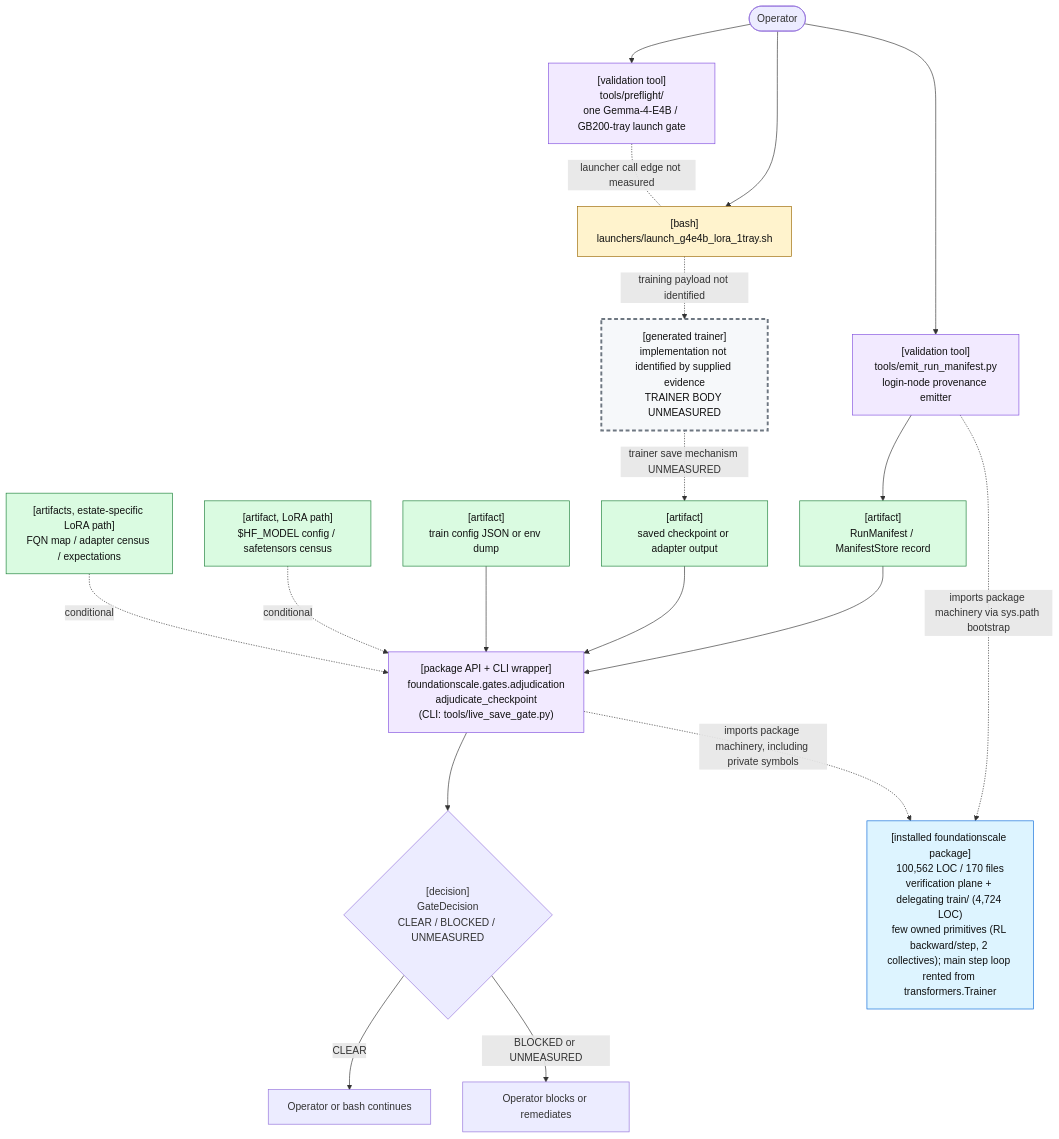
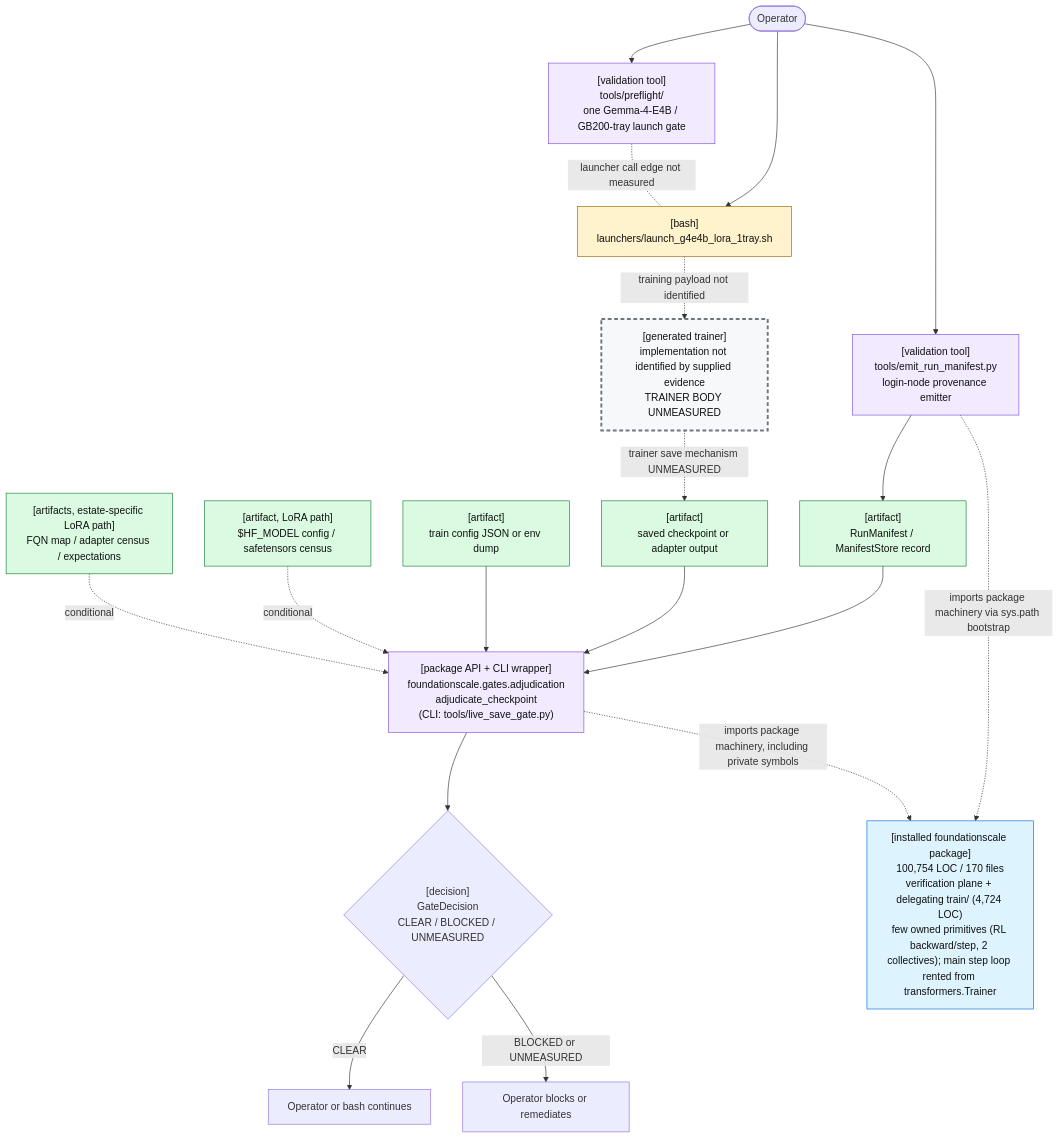
One commit to TranNhiem/FoundationScale changed the first of 2 diagrams in docs/review/D2_current_architecture.md. Above: the diagram before and after it, drawn with Mermaid. The commit also changed other lines of this file and 12 other files, not shown here.

````diff
--- a/docs/review/D2_current_architecture.md
+++ b/docs/review/D2_current_architecture.md
@@ -25,59 +25,59 @@
 ```mermaid
 flowchart TB
   O(["Operator"])
 
   PF["[validation tool]<br/>tools/preflight/<br/>one Gemma-4-E4B / GB200-tray launch gate"]
   L["[bash]<br/>launchers/launch_g4e4b_lora_1tray.sh"]
 
   E["[validation tool]<br/>tools/emit_run_manifest.py<br/>login-node provenance emitter"]
   M["[artifact]<br/>RunManifest / ManifestStore record"]
 
   T["[generated trainer]<br/>implementation not identified by supplied evidence<br/>TRAINER BODY UNMEASURED"]
   C["[artifact]<br/>saved checkpoint or adapter output"]
 
   G["[package API + CLI wrapper]<br/>foundationscale.gates.adjudication<br/>adjudicate_checkpoint<br/>(CLI: tools/live_save_gate.py)"]
   CFG["[artifact]<br/>train config JSON or env dump"]
   BASE["[artifact, LoRA path]<br/>$HF_MODEL config / safetensors census"]
   CEN["[artifacts, estate-specific LoRA path]<br/>FQN map / adapter census / expectations"]
 
   D{"[decision]<br/>GateDecision<br/>CLEAR / BLOCKED / UNMEASURED"}
   OK["Operator or bash continues"]
   NO["Operator blocks or remediates"]
 
-  PKG["[installed foundationscale package]<br/>100,562 LOC / 170 files<br/>verification plane + delegating train/ (4,724 LOC)<br/>few owned primitives (RL backward/step, 2 collectives); main step loop rented from transformers.Trainer"]
+  PKG["[installed foundationscale package]<br/>100,754 LOC / 170 files<br/>verification plane + delegating train/ (4,724 LOC)<br/>few owned primitives (RL backward/step, 2 collectives); main step loop rented from transformers.Trainer"]
 
   O --> PF
   O --> L
   PF -. "launcher call edge not measured" .- L
 
   O --> E
   E --> M
 
   L -. "training payload not identified" .-> T
   T -. "trainer save mechanism UNMEASURED" .-> C
 
   M --> G
   C --> G
   CFG --> G
   BASE -. "conditional" .-> G
   CEN -. "conditional" .-> G
 
   E -. "imports package machinery via sys.path bootstrap" .-> PKG
   G -. "imports package machinery, including private symbols" .-> PKG
 
   G --> D
   D -->|"CLEAR"| OK
   D -->|"BLOCKED or UNMEASURED"| NO
 
   classDef bash fill:#fff3cd,stroke:#9a6700,color:#111;
   classDef tool fill:#f2eaff,stroke:#8250df,color:#111;
   classDef artifact fill:#dafbe1,stroke:#1a7f37,color:#111;
   classDef gap fill:#f6f8fa,stroke:#6e7781,stroke-width:3px,stroke-dasharray: 6 4,color:#111;
   classDef pkg fill:#ddf4ff,stroke:#0969da,color:#111;
 
   class L bash;
   class PF,E,G tool;
   class M,C,CFG,BASE,CEN artifact;
   class T gap;
   class PKG pkg;
 ```
````
